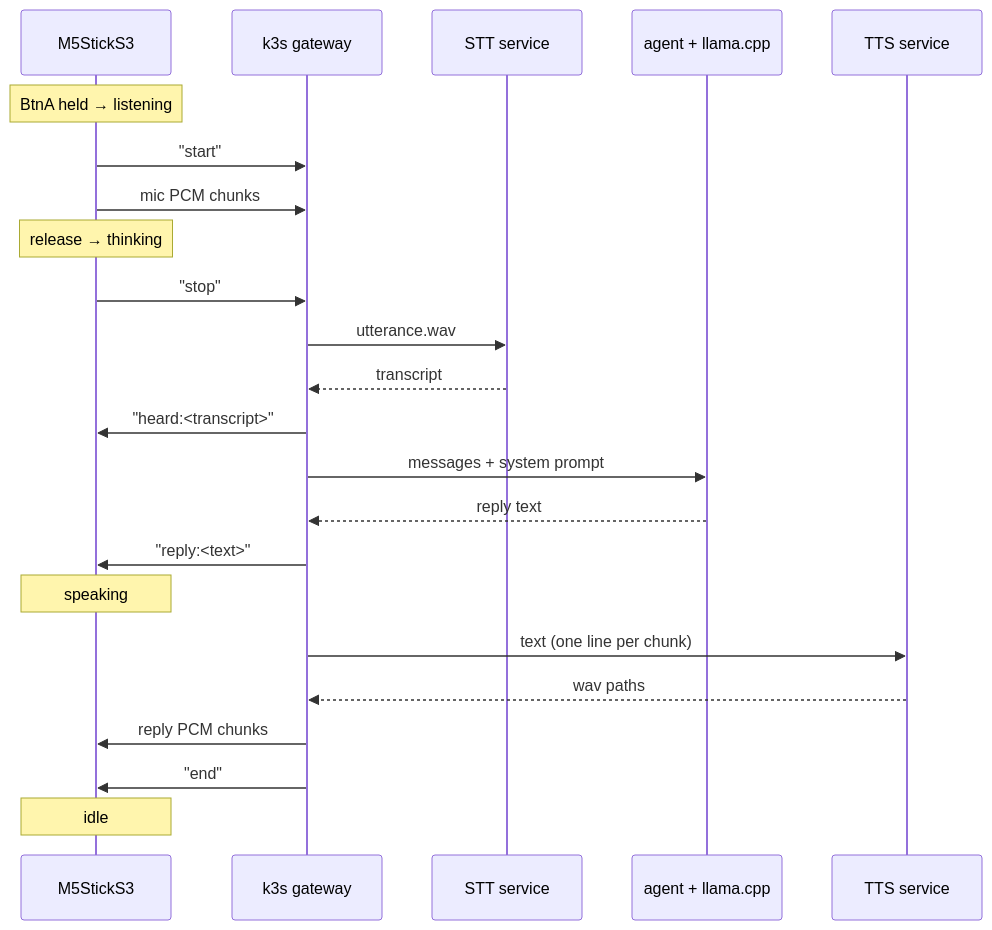
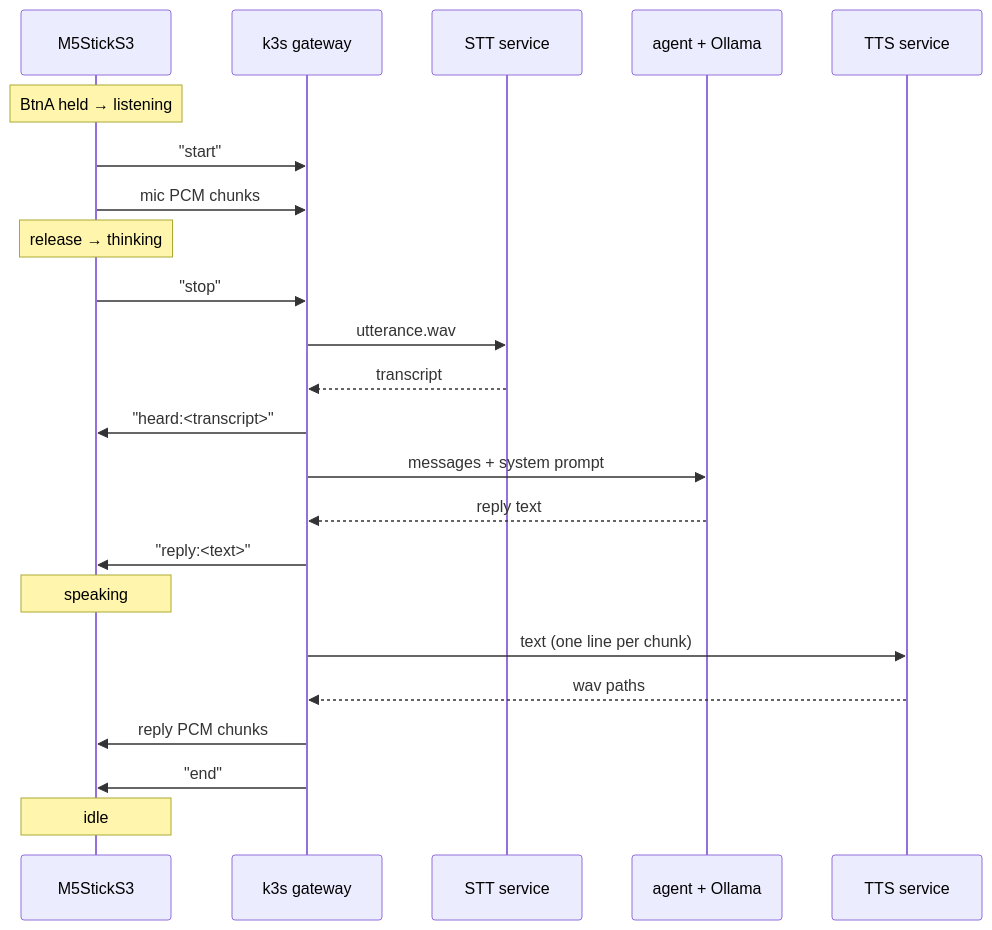
The second of 2 diagrams in README.md (adixg/ai-companion), drawn with Mermaid before and after one commit. The commit also changed other lines of this file and 12 other files, not shown here.

````diff
--- a/README.md
+++ b/README.md
@@ -94,26 +93,26 @@
 ```mermaid
 sequenceDiagram
     participant S as M5StickS3
     participant B as k3s gateway
     participant W as STT service
-    participant O as agent + llama.cpp
+    participant O as agent + Ollama
     participant T as TTS service
 
     Note over S: BtnA held → listening
     S->>B: "start"
     S->>B: mic PCM chunks
     Note over S: release → thinking
     S->>B: "stop"
     B->>W: utterance.wav
     W-->>B: transcript
     B->>S: "heard:<transcript>"
     B->>O: messages + system prompt
     O-->>B: reply text
     B->>S: "reply:<text>"
     Note over S: speaking
     B->>T: text (one line per chunk)
     T-->>B: wav paths
     B->>S: reply PCM chunks
     B->>S: "end"
     Note over S: idle
 ```
````
